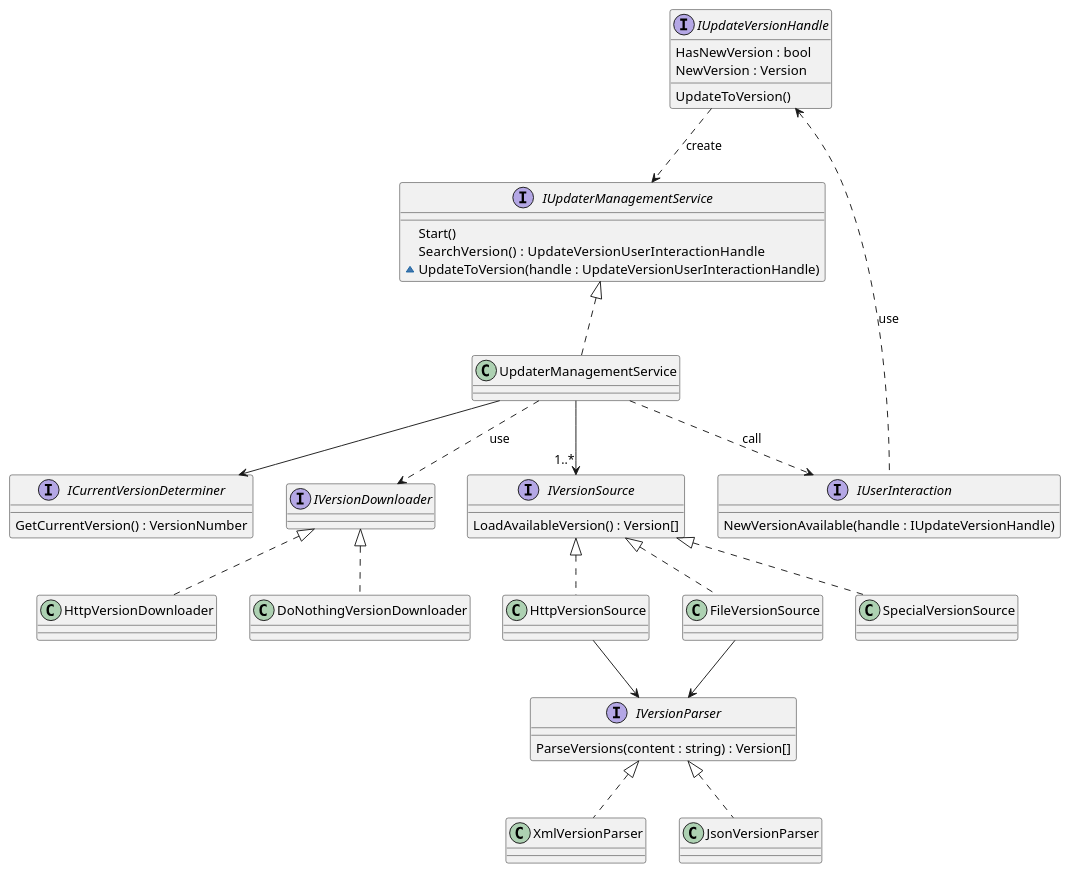
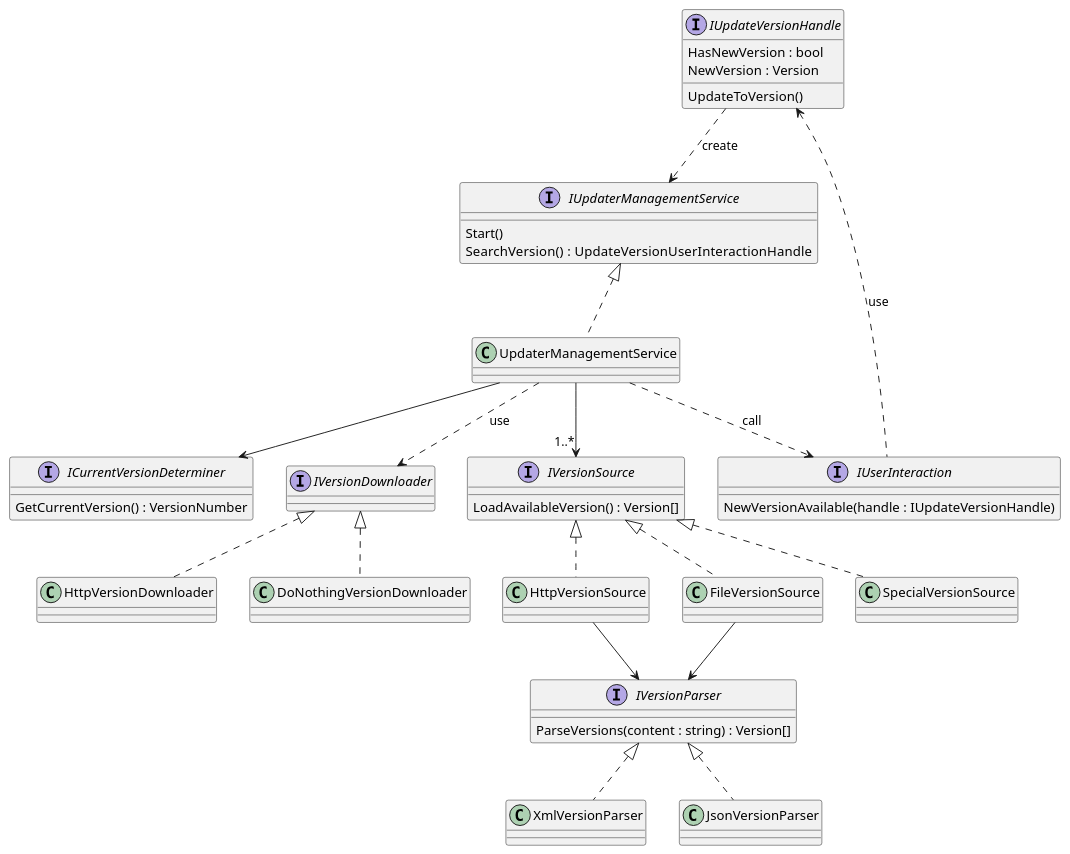
Before and after one commit to jasase/autoupdate.net: the diagram in doc/diagrams/services.md, drawn with PlantUML.

```diff
--- a/doc/diagrams/services.md
+++ b/doc/diagrams/services.md
@@ -2,8 +2,7 @@
 
 interface IUpdaterManagementService {
     Start()
-    SearchVersion()   : UpdateVersionUserInteractionHandle  
-    ~ UpdateToVersion(handle : UpdateVersionUserInteractionHandle)   
+    SearchVersion()   : UpdateVersionUserInteractionHandle      
 }
 class UpdaterManagementService {
     
```
